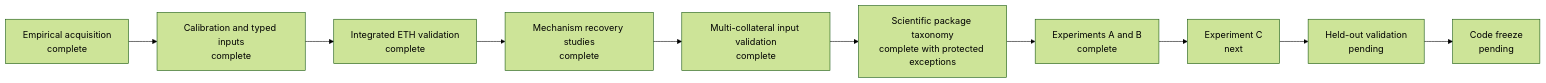
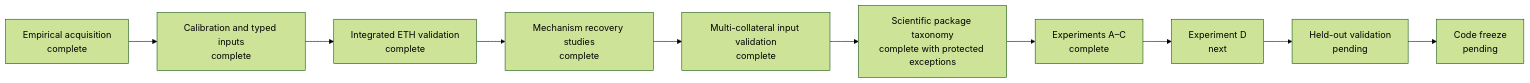
The second of 2 diagrams in docs/overview/project_structure.md (VeroniCup/dai-abm-simulation), drawn with Mermaid (forest theme) before and after one commit. The commit also changed other lines of this file and 21 other files, not shown here.

````diff
--- a/docs/overview/project_structure.md
+++ b/docs/overview/project_structure.md
@@ -87,15 +87,15 @@
 ```mermaid
 flowchart LR
     A["Empirical acquisition<br/>complete"]
     B["Calibration and typed inputs<br/>complete"]
     C["Integrated ETH validation<br/>complete"]
     D["Mechanism recovery studies<br/>complete"]
     E["Multi-collateral input validation<br/>complete"]
     T["Scientific package taxonomy<br/>complete with protected exceptions"]
-    F["Experiments A and B<br/>complete"]
-    B2["Experiment C<br/>next"]
+    F["Experiments A–C<br/>complete"]
+    B2["Experiment D<br/>next"]
     G["Held-out validation<br/>pending"]
     H["Code freeze<br/>pending"]
 
     A --> B --> C --> D --> E --> T --> F --> B2 --> G --> H
 ```
````
